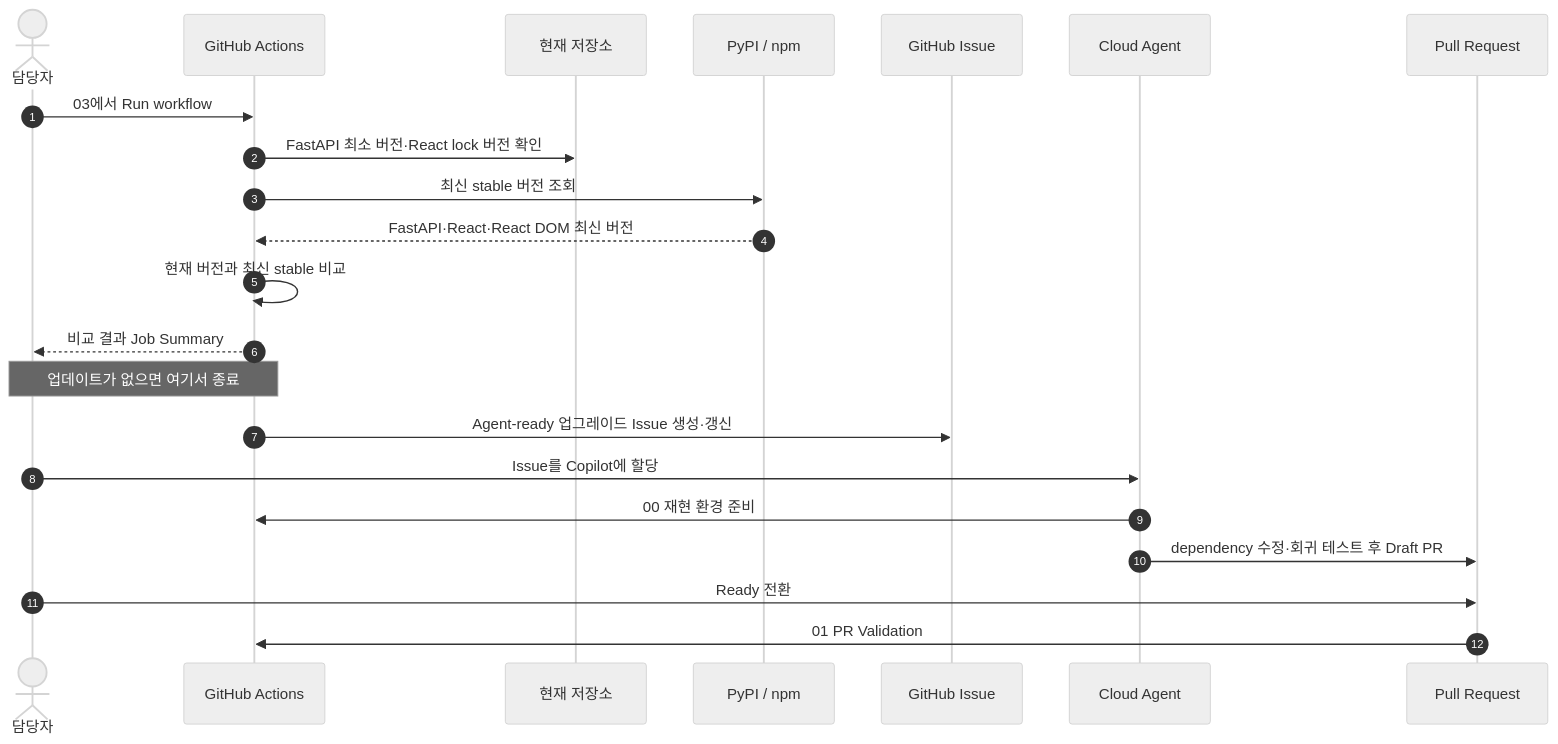
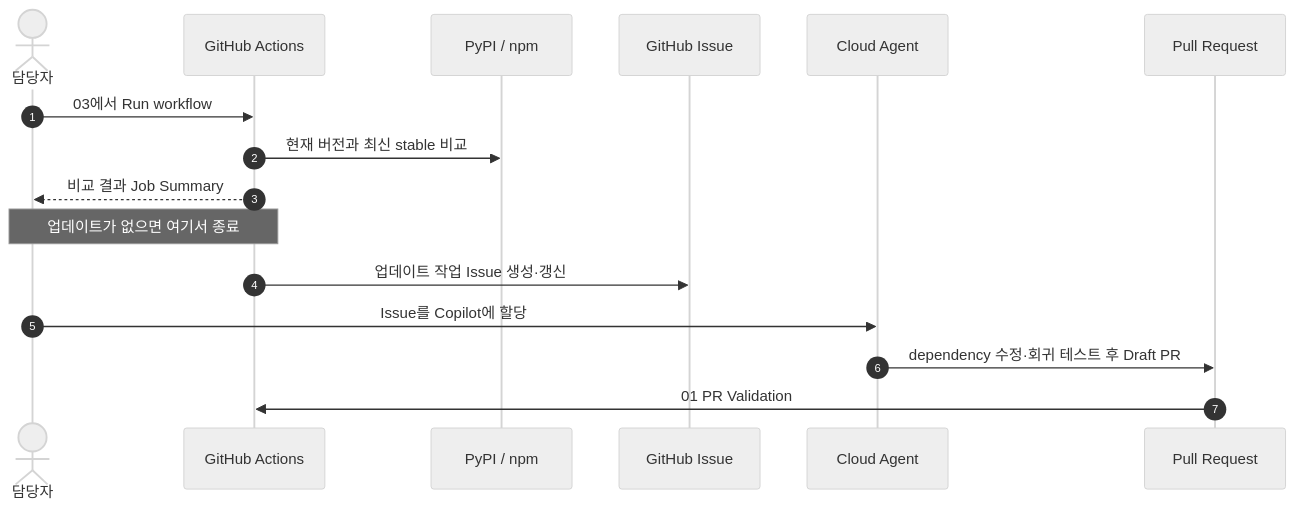
One commit to hijigoo/dev-agent-workflow changed the second of 4 diagrams in README.md. Above: the diagram before and after it, drawn with Mermaid (neutral theme). The commit also changed other lines of this file, not shown here.

First line of the commit message:
docs: condense Actions workflow guidance

````diff
--- a/README.md
+++ b/README.md
@@ -154,25 +93,19 @@
 ```mermaid
 sequenceDiagram
     autonumber
     actor Human as 담당자
     participant Actions as GitHub Actions
-    participant Repo as 현재 저장소
     participant Registry as PyPI / npm
     participant Issue as GitHub Issue
     participant Agent as Cloud Agent
     participant PR as Pull Request
 
     Human->>Actions: 03에서 Run workflow
-    Actions->>Repo: FastAPI 최소 버전·React lock 버전 확인
-    Actions->>Registry: 최신 stable 버전 조회
-    Registry-->>Actions: FastAPI·React·React DOM 최신 버전
-    Actions->>Actions: 현재 버전과 최신 stable 비교
+    Actions->>Registry: 현재 버전과 최신 stable 비교
     Actions-->>Human: 비교 결과 Job Summary
     Note over Human,Actions: 업데이트가 없으면 여기서 종료
-    Actions->>Issue: Agent-ready 업그레이드 Issue 생성·갱신
+    Actions->>Issue: 업데이트 작업 Issue 생성·갱신
     Human->>Agent: Issue를 Copilot에 할당
-    Agent->>Actions: 00 재현 환경 준비
     Agent->>PR: dependency 수정·회귀 테스트 후 Draft PR
-    Human->>PR: Ready 전환
     PR->>Actions: 01 PR Validation
 ```
````
